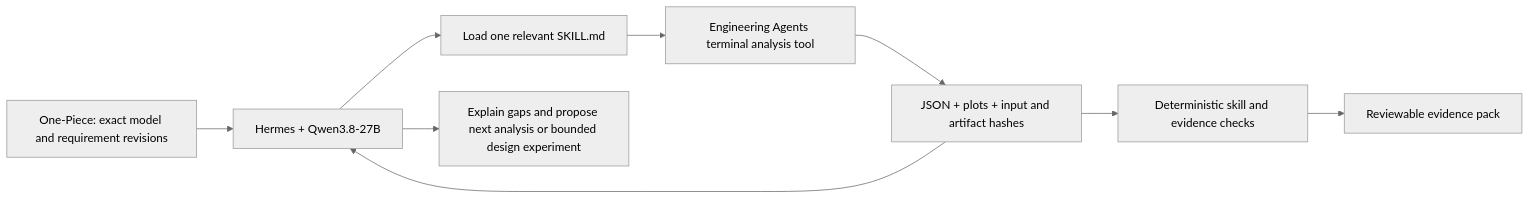
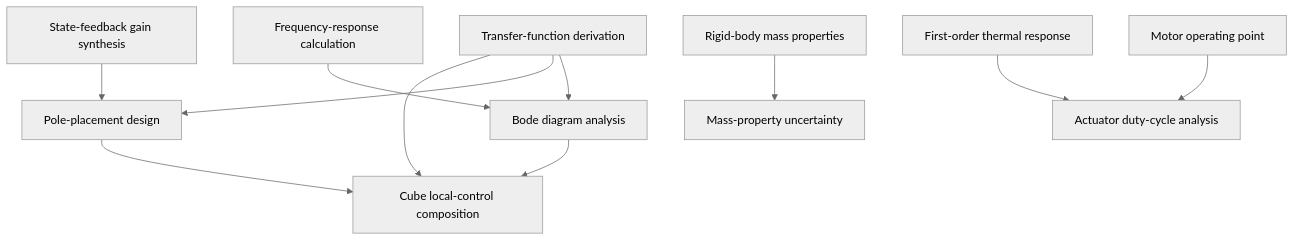
Before and after one commit to hirototamura/engineering_agents: the diagram in docs/en/engineering_skills.md, drawn with Mermaid (neutral theme). The commit also changed other lines of this file and 86 other files, not shown here.

Commit message:
Refactor engineering analysis skills into portable contracts and qualified compositions

````diff
--- a/docs/en/engineering_skills.md
+++ b/docs/en/engineering_skills.md
@@ -9,11 +64,13 @@
 ```mermaid
-flowchart LR
-  OP[One-Piece: exact model and requirement revisions] --> H[Hermes + Qwen3.8-27B]
-  H --> S[Load one relevant SKILL.md]
-  S --> T[Engineering Agents terminal analysis tool]
-  T --> R[JSON + plots + input and artifact hashes]
-  R --> H
-  R --> V[Deterministic skill and evidence checks]
-  H --> P[Explain gaps and propose next analysis or bounded design experiment]
-  V --> E[Reviewable evidence pack]
+flowchart TD
+  TF[Transfer-function derivation] --> BA[Bode diagram analysis]
+  FR[Frequency-response calculation] --> BA
+  TF --> PP[Pole-placement design]
+  FB[State-feedback gain synthesis] --> PP
+  TF --> CUBE[Cube local-control composition]
+  BA --> CUBE
+  PP --> CUBE
+  MASS[Rigid-body mass properties] --> UNC[Mass-property uncertainty]
+  MOTOR[Motor operating point] --> DUTY[Actuator duty-cycle analysis]
+  THERMAL[First-order thermal response] --> DUTY
 ```
````
